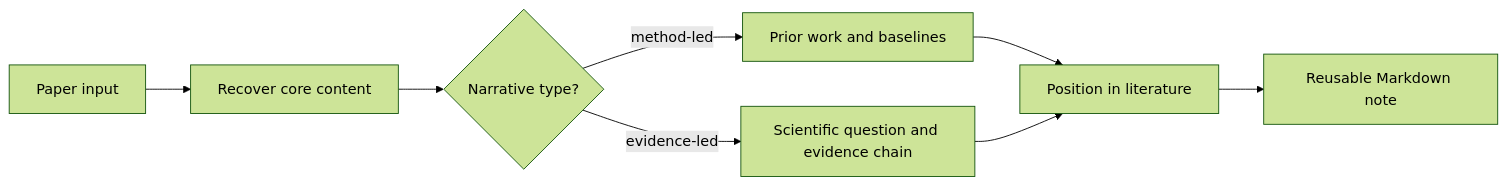
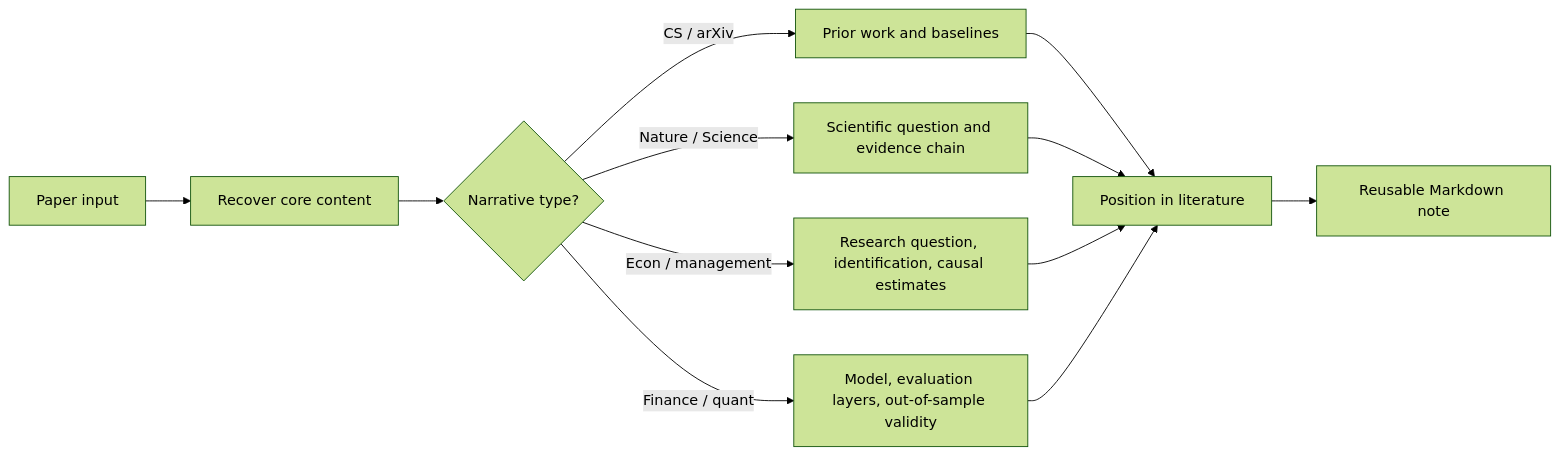
The second of 2 diagrams in README.md (littleZ05/PaperLocus), drawn with Mermaid (forest theme) before and after one commit. The commit also changed other lines of this file and 6 other files, not shown here.

````diff
--- a/README.md
+++ b/README.md
@@ -140,10 +122,14 @@
 ```mermaid
 flowchart LR
     A[Paper input] --> B[Recover core content]
     B --> C{Narrative type?}
-    C -->|method-led| D[Prior work and baselines]
-    C -->|evidence-led| E[Scientific question and evidence chain]
-    D --> F[Position in literature]
-    E --> F
+    C -->|CS / arXiv| D1[Prior work and baselines]
+    C -->|Nature / Science| D2[Scientific question and evidence chain]
+    C -->|Econ / management| D3[Research question, identification, causal estimates]
+    C -->|Finance / quant| D4[Model, evaluation layers, out-of-sample validity]
+    D1 --> F[Position in literature]
+    D2 --> F
+    D3 --> F
+    D4 --> F
     F --> G[Reusable Markdown note]
 ```
````
